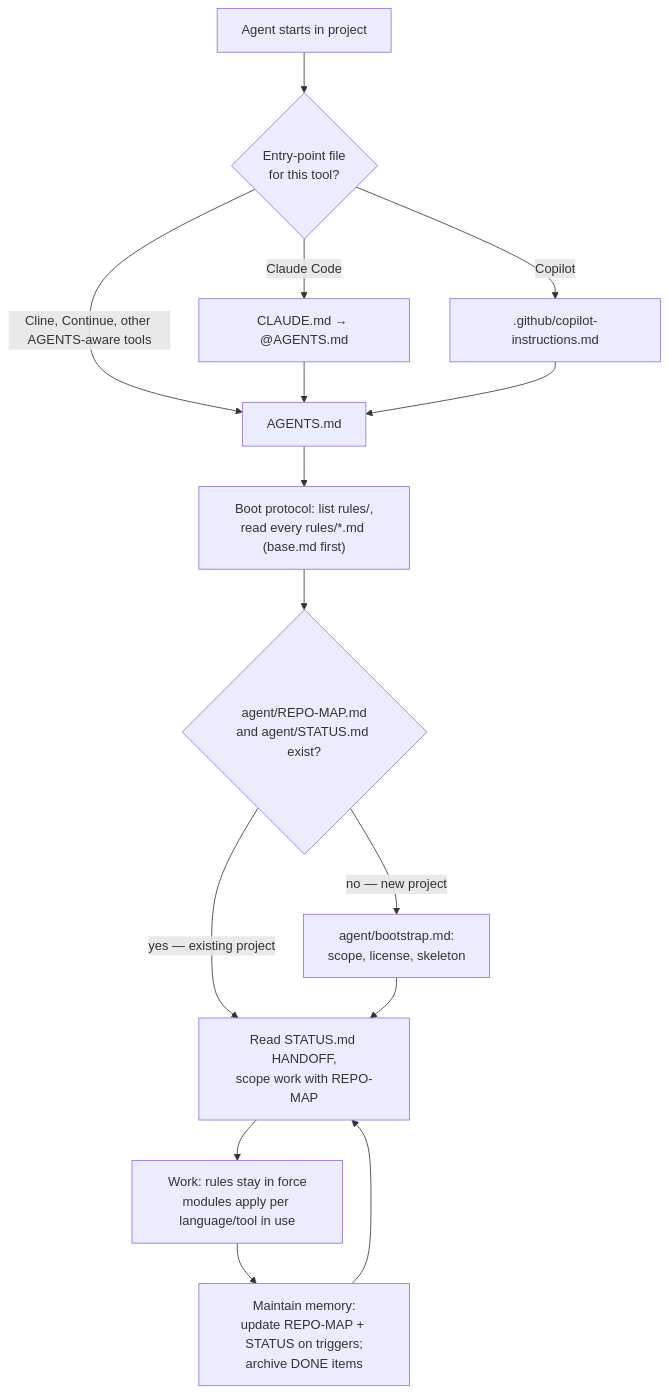
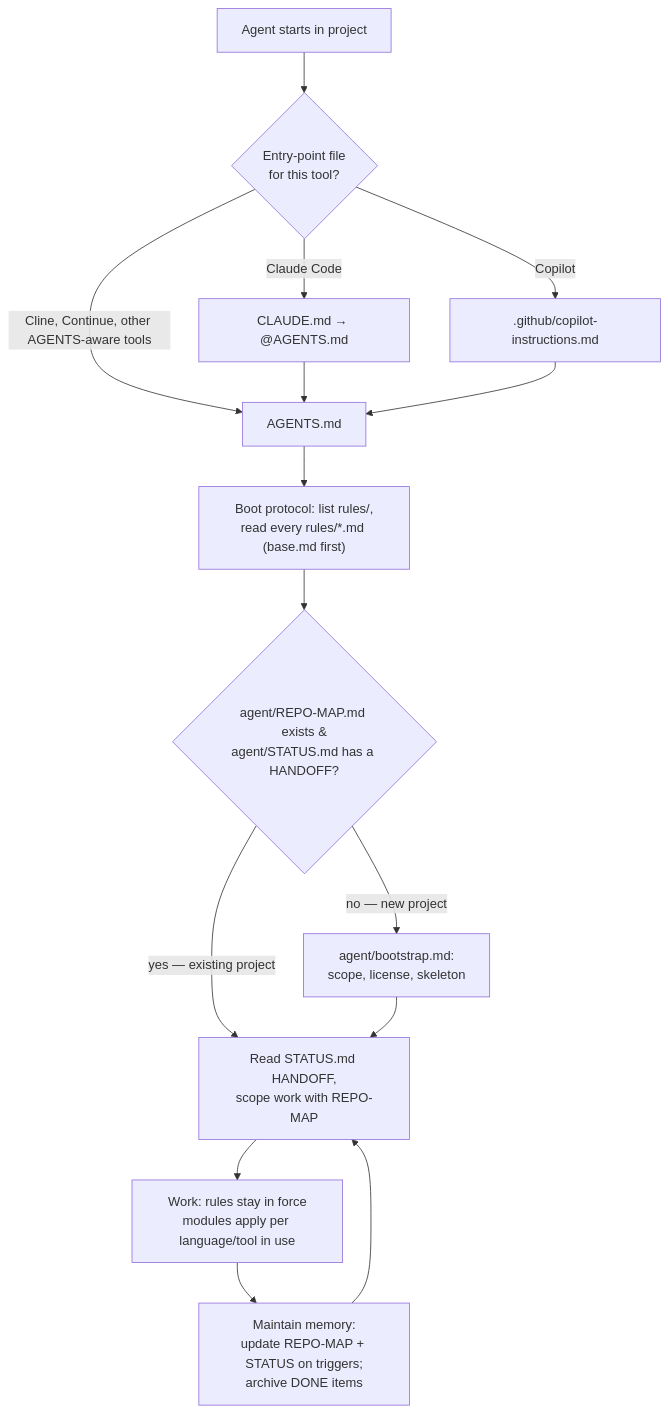
The diagram in IaC/docs/agent-contract/index.md (pv-whoogsteder/Ordnung-The-AI-Agent-contract-repository), drawn with Mermaid before and after one commit. The commit also changed other lines of this file and 12 other files, not shown here.

````diff
--- a/IaC/docs/agent-contract/index.md
+++ b/IaC/docs/agent-contract/index.md
@@ -13,17 +13,17 @@
 ```mermaid
 flowchart TD
     A[Agent starts in project] --> B{"Entry-point file<br/>for this tool?"}
     B -->|Claude Code| C[CLAUDE.md → @AGENTS.md]
     B -->|Copilot| D[".github/copilot-instructions.md"]
     B -->|Cline, Continue, other AGENTS-aware tools| E[AGENTS.md]
     C --> E
     D --> E
     E --> F["Boot protocol: list rules/,<br/>read every rules/*.md (base.md first)"]
-    F --> G{agent/REPO-MAP.md<br/>and agent/STATUS.md exist?}
+    F --> G{agent/REPO-MAP.md exists &<br/>agent/STATUS.md has a HANDOFF?}
     G -->|no — new project| H[agent/bootstrap.md:<br/>scope, license, skeleton]
     G -->|yes — existing project| I[Read STATUS.md HANDOFF,<br/>scope work with REPO-MAP]
     H --> I
     I --> J[Work: rules stay in force<br/>modules apply per language/tool in use]
     J --> K["Maintain memory:<br/>update REPO-MAP + STATUS on triggers;<br/>archive DONE items"]
     K --> I
 ```
````
